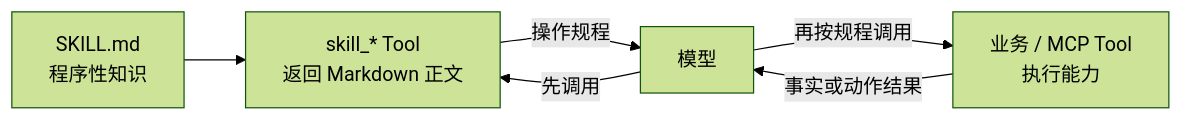
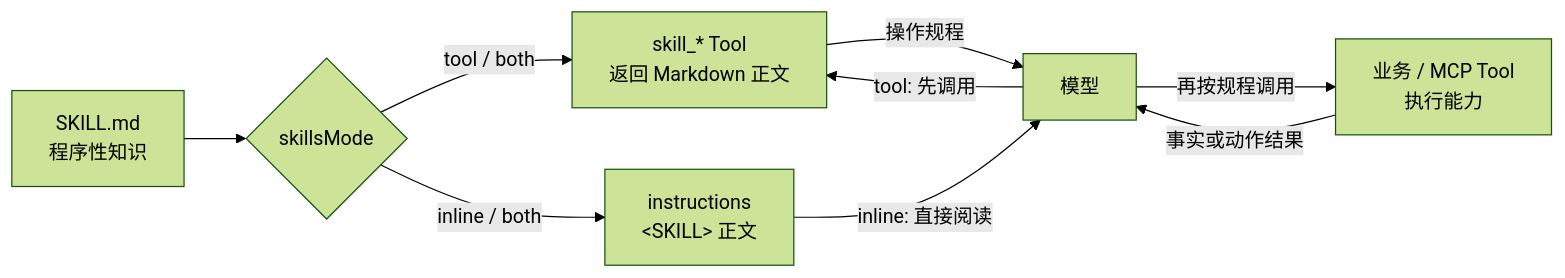
The first of 2 diagrams in docs/Skill-Tool.md (bingcool/swoolefy), drawn with Mermaid (forest theme) before and after one commit. The commit also changed other lines of this file and 6 other files, not shown here.

````diff
--- a/docs/Skill-Tool.md
+++ b/docs/Skill-Tool.md
@@ -101,8 +102,11 @@
 ```mermaid
 flowchart LR
-    Skill["SKILL.md<br/>程序性知识"] --> SkillTool["skill_* Tool<br/>返回 Markdown 正文"]
-    Model["模型"] -->|先调用| SkillTool
+    Skill["SKILL.md<br/>程序性知识"] --> Mode{"skillsMode"}
+    Mode -->|tool / both| SkillTool["skill_* Tool<br/>返回 Markdown 正文"]
+    Mode -->|inline / both| Inline["instructions<br/>&lt;SKILL&gt; 正文"]
+    Model["模型"] -->|tool: 先调用| SkillTool
     SkillTool -->|操作规程| Model
+    Inline -->|inline: 直接阅读| Model
     Model -->|再按规程调用| Business["业务 / MCP Tool<br/>执行能力"]
     Business -->|事实或动作结果| Model
 ```
````
